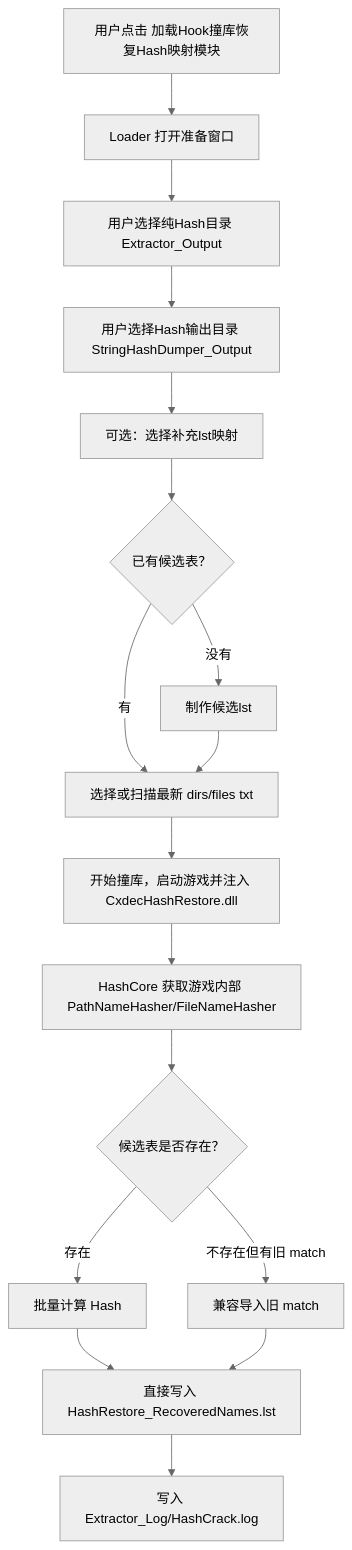
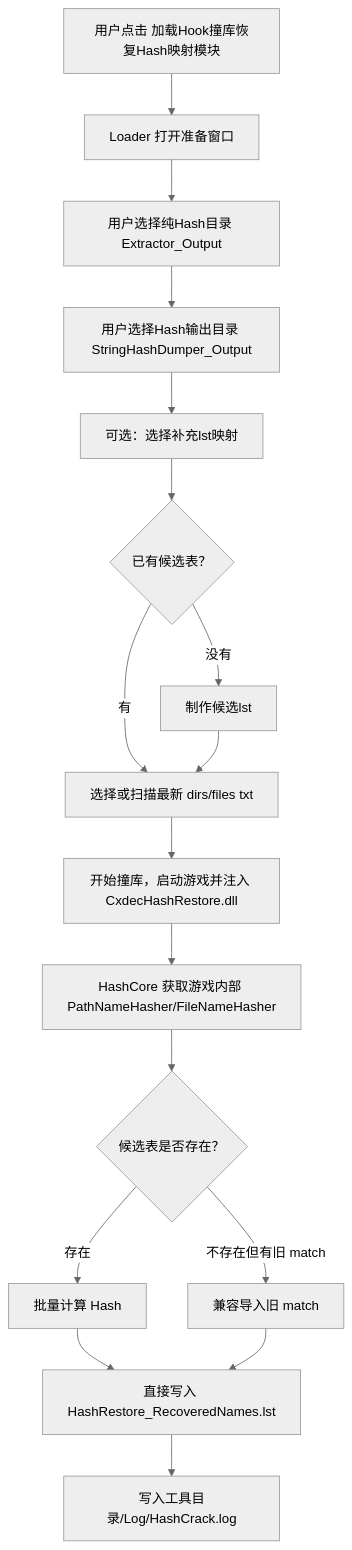
Before and after one commit to Kinotern/KrkrExtractForCxdecV2Extra: the diagram in docs/hash-restore-workflow.md, drawn with Mermaid (neutral theme). The commit also changed other lines of this file and 26 other files, not shown here.

````diff
--- a/docs/hash-restore-workflow.md
+++ b/docs/hash-restore-workflow.md
@@ -257,19 +277,19 @@
 ```mermaid
 flowchart TD
     A["用户点击 加载Hook撞库恢复Hash映射模块"] --> B["Loader 打开准备窗口"]
     B --> C["用户选择纯Hash目录 Extractor_Output"]
     C --> D["用户选择Hash输出目录 StringHashDumper_Output"]
     D --> E["可选：选择补充lst映射"]
     E --> F{"已有候选表？"}
     F -- "没有" --> G["制作候选lst"]
     F -- "有" --> H["选择或扫描最新 dirs/files txt"]
     G --> H
     H --> I["开始撞库，启动游戏并注入 CxdecHashRestore.dll"]
     I --> J["HashCore 获取游戏内部 PathNameHasher/FileNameHasher"]
     J --> K{"候选表是否存在？"}
     K -- "存在" --> L["批量计算 Hash"]
     K -- "不存在但有旧 match" --> M["兼容导入旧 match"]
     L --> N["直接写入 HashRestore_RecoveredNames.lst"]
     M --> N
-    N --> O["写入 Extractor_Log/HashCrack.log"]
+    N --> O["写入工具目录/Log/HashCrack.log"]
 ```
````
